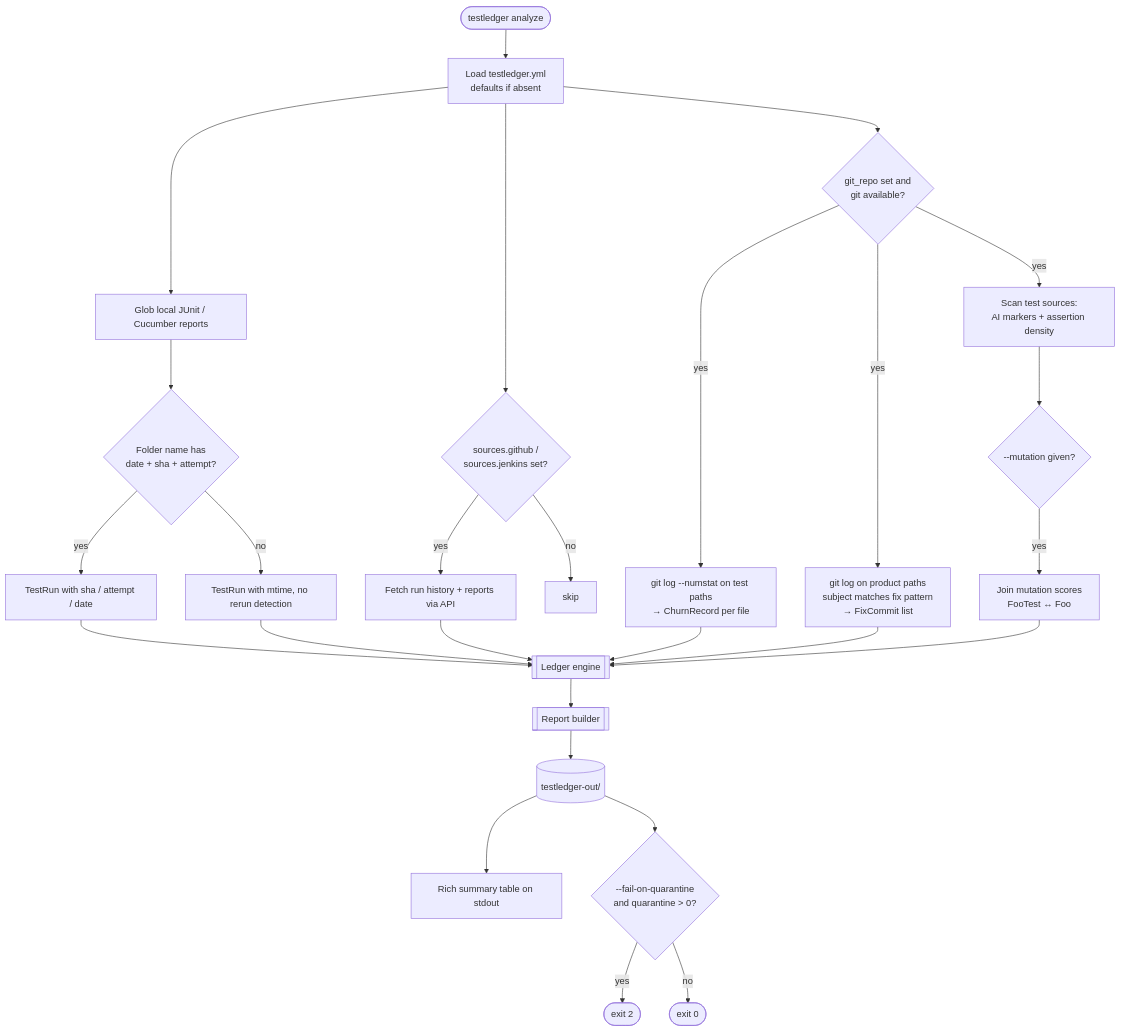
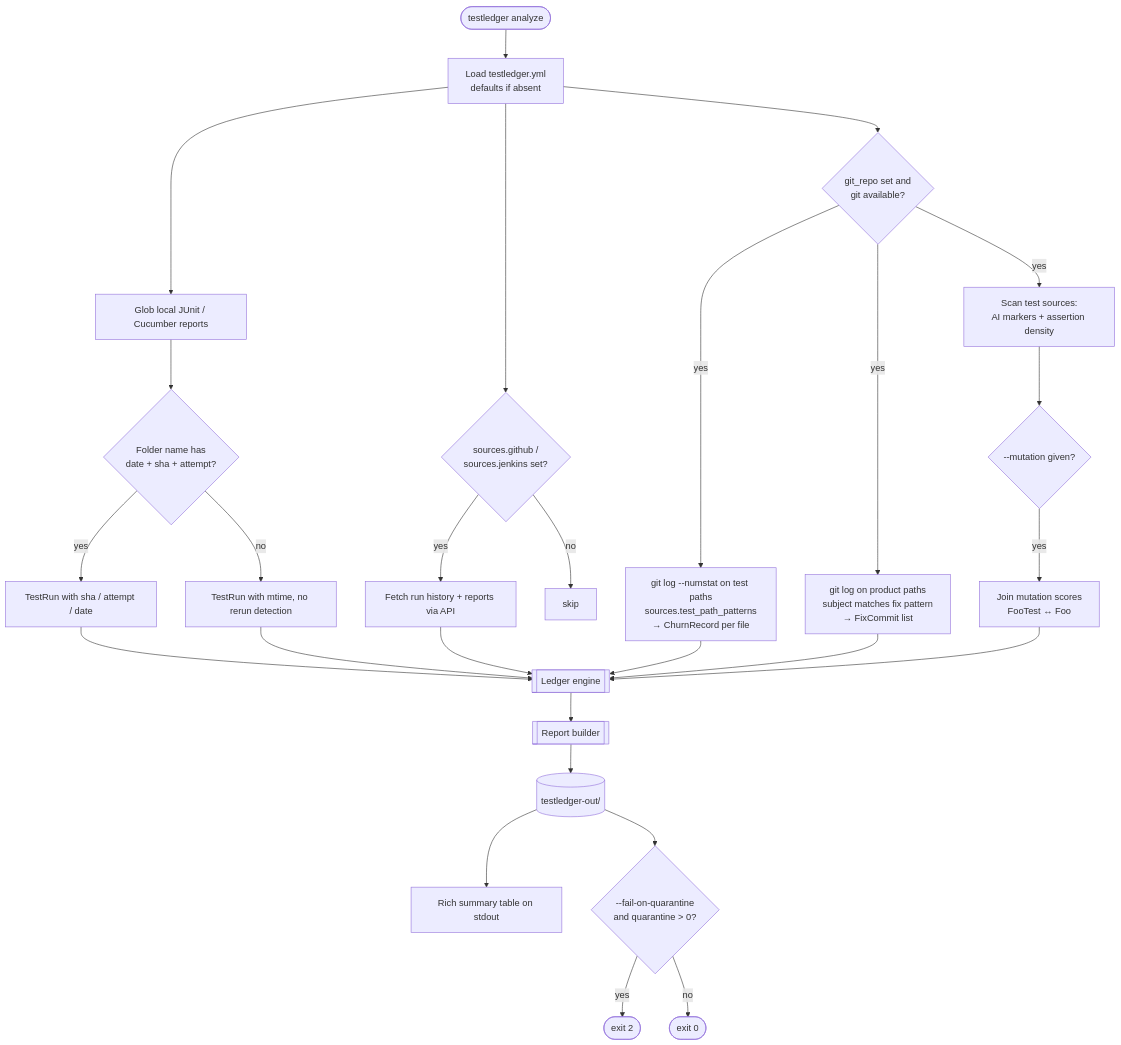
The third of 9 diagrams in docs/design.md (Contributerr27/testledger), drawn with Mermaid before and after one commit. The commit also changed 5 other files, not shown here.

First line of the commit message:
Make the test-file path patterns configurable (#23)

````diff
--- a/docs/design.md
+++ b/docs/design.md
@@ -163,25 +163,25 @@
 ```mermaid
 flowchart TD
   S([testledger analyze]) --> CFG[Load testledger.yml<br/>defaults if absent]
   CFG --> LOC[Glob local JUnit / Cucumber reports]
   LOC --> META{Folder name has<br/>date + sha + attempt?}
   META -- yes --> RUN1[TestRun with sha / attempt / date]
   META -- no --> RUN2[TestRun with mtime, no rerun detection]
   CFG --> CI{sources.github /<br/>sources.jenkins set?}
   CI -- yes --> API[Fetch run history + reports via API]
   CI -- no --> SKIP1[skip]
   CFG --> GITQ{git_repo set and<br/>git available?}
-  GITQ -- yes --> CHURN[git log --numstat on test paths<br/>→ ChurnRecord per file]
+  GITQ -- yes --> CHURN[git log --numstat on test paths<br/>sources.test_path_patterns<br/>→ ChurnRecord per file]
   GITQ -- yes --> FIX[git log on product paths<br/>subject matches fix pattern<br/>→ FixCommit list]
   GITQ -- yes --> SCAN[Scan test sources:<br/>AI markers + assertion density]
   SCAN --> MUTJ{--mutation given?}
   MUTJ -- yes --> JOIN[Join mutation scores<br/>FooTest ↔ Foo]
   RUN1 & RUN2 & API --> ENG[[Ledger engine]]
   CHURN & FIX & JOIN --> ENG
   ENG --> REP[[Report builder]]
   REP --> OUT[(testledger-out/)]
   OUT --> SUMM[Rich summary table on stdout]
   OUT --> EXIT{--fail-on-quarantine<br/>and quarantine > 0?}
   EXIT -- yes --> E2([exit 2])
   EXIT -- no --> E0([exit 0])
 ```
````
